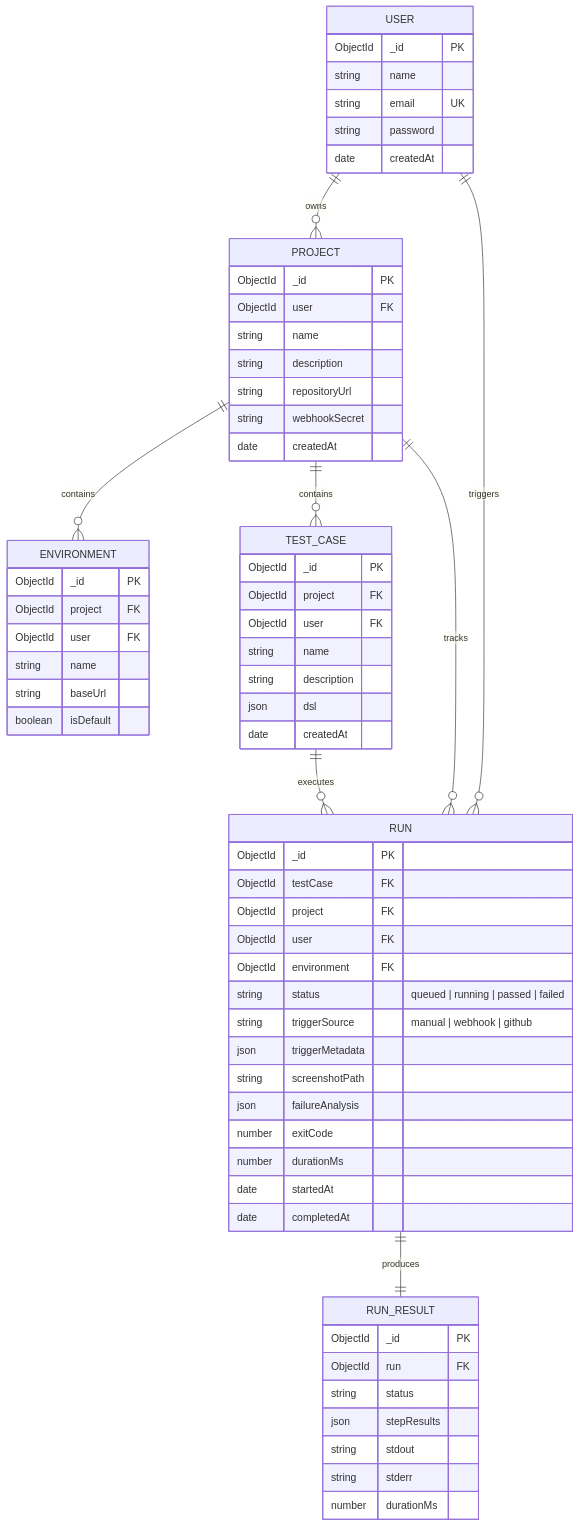
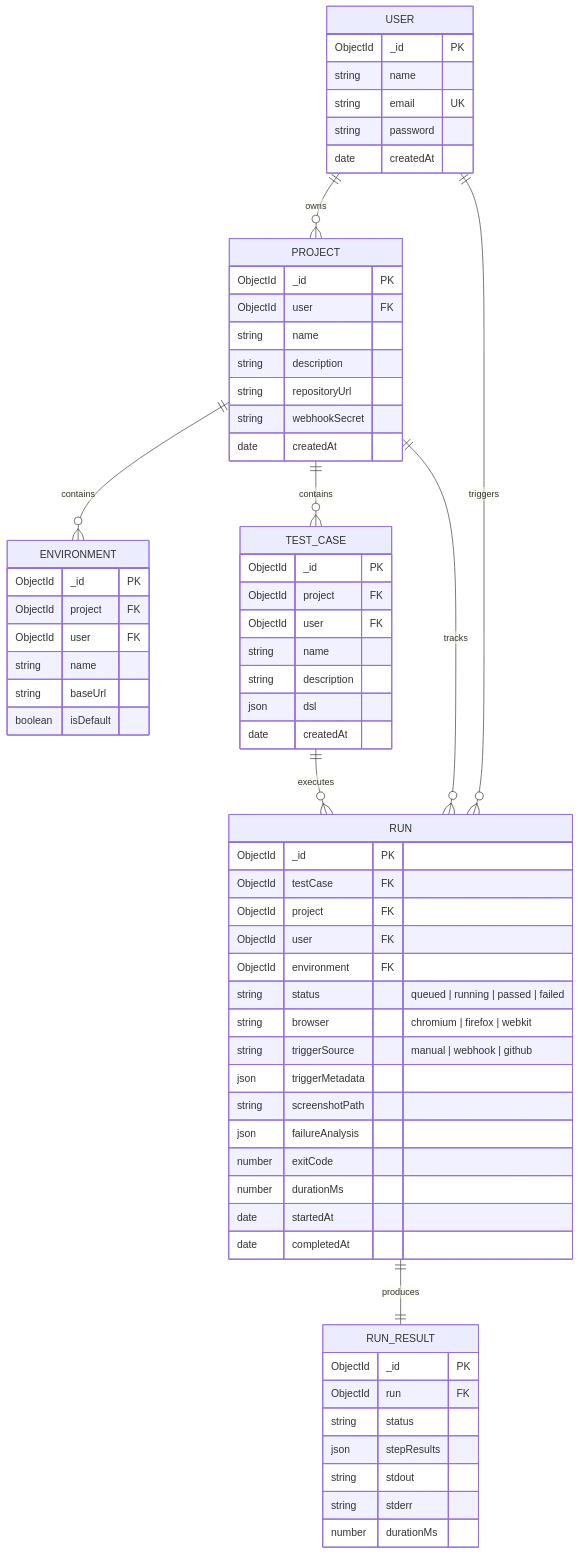
The third of 3 diagrams in docs/ARCHITECTURE.md (VIJAYAPANDIANT/testforge), drawn with Mermaid before and after one commit. The commit also changed other lines of this file and 4 other files, not shown here.

````diff
--- a/docs/ARCHITECTURE.md
+++ b/docs/ARCHITECTURE.md
@@ -153,74 +154,75 @@
 ```mermaid
 erDiagram
     USER ||--o{ PROJECT : owns
     USER ||--o{ RUN : triggers
     PROJECT ||--o{ ENVIRONMENT : contains
     PROJECT ||--o{ TEST_CASE : contains
     PROJECT ||--o{ RUN : tracks
     TEST_CASE ||--o{ RUN : executes
     RUN ||--|| RUN_RESULT : produces
 
     USER {
         ObjectId _id PK
         string name
         string email UK
         string password
         date createdAt
     }
 
     PROJECT {
         ObjectId _id PK
         ObjectId user FK
         string name
         string description
         string repositoryUrl
         string webhookSecret
         date createdAt
     }
 
     ENVIRONMENT {
         ObjectId _id PK
         ObjectId project FK
         ObjectId user FK
         string name
         string baseUrl
         boolean isDefault
     }
 
     TEST_CASE {
         ObjectId _id PK
         ObjectId project FK
         ObjectId user FK
         string name
         string description
         json dsl
         date createdAt
     }
 
     RUN {
         ObjectId _id PK
         ObjectId testCase FK
         ObjectId project FK
         ObjectId user FK
         ObjectId environment FK
         string status "queued | running | passed | failed"
+        string browser "chromium | firefox | webkit"
         string triggerSource "manual | webhook | github"
         json triggerMetadata
         string screenshotPath
         json failureAnalysis
         number exitCode
         number durationMs
         date startedAt
         date completedAt
     }
 
     RUN_RESULT {
         ObjectId _id PK
         ObjectId run FK
         string status
         json stepResults
         string stdout
         string stderr
         number durationMs
     }
 ```
````
